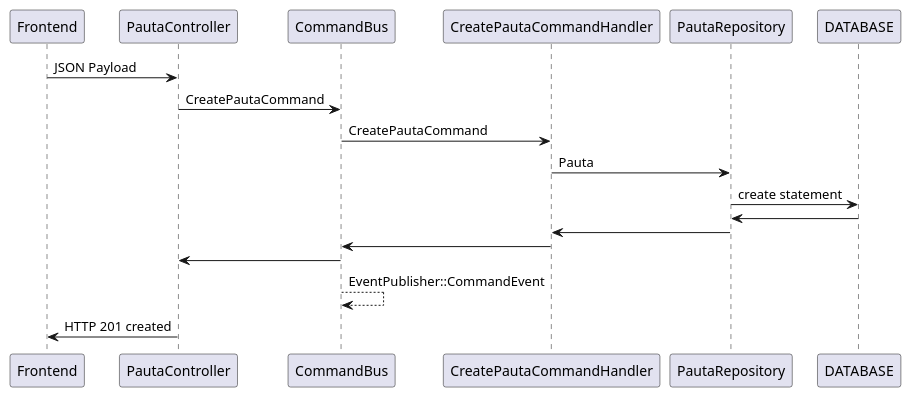
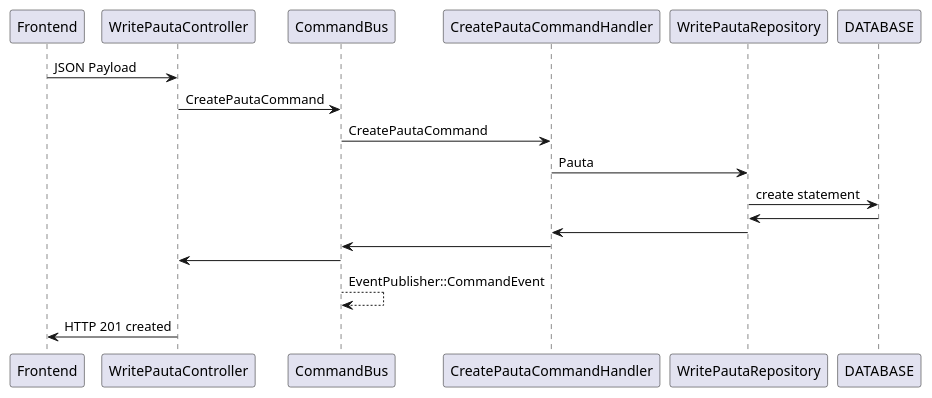
Before and after one commit to edilsonnascimento/assembleiaCooperados: the diagram in src/01-write-created-pautas.puml, drawn with PlantUML. The commit also changed 1 other file, not shown here.

```diff
--- a/src/01-write-created-pautas.puml
+++ b/src/01-write-created-pautas.puml
@@ -1,13 +1,13 @@
 @startuml
-Frontend -> PautaController: JSON Payload
-PautaController -> CommandBus: CreatePautaCommand
+Frontend -> WritePautaController: JSON Payload
+WritePautaController -> CommandBus: CreatePautaCommand
 CommandBus -> CreatePautaCommandHandler: CreatePautaCommand
-CreatePautaCommandHandler -> PautaRepository: Pauta
-PautaRepository -> DATABASE: create statement
-DATABASE -> PautaRepository
-PautaRepository -> CreatePautaCommandHandler
+CreatePautaCommandHandler -> WritePautaRepository: Pauta
+WritePautaRepository -> DATABASE: create statement
+DATABASE -> WritePautaRepository
+WritePautaRepository -> CreatePautaCommandHandler
 CreatePautaCommandHandler -> CommandBus
-CommandBus -> PautaController
+CommandBus -> WritePautaController
 CommandBus --> CommandBus: EventPublisher::CommandEvent
-PautaController -> Frontend: HTTP 201 created
+WritePautaController -> Frontend: HTTP 201 created
 @enduml
```
